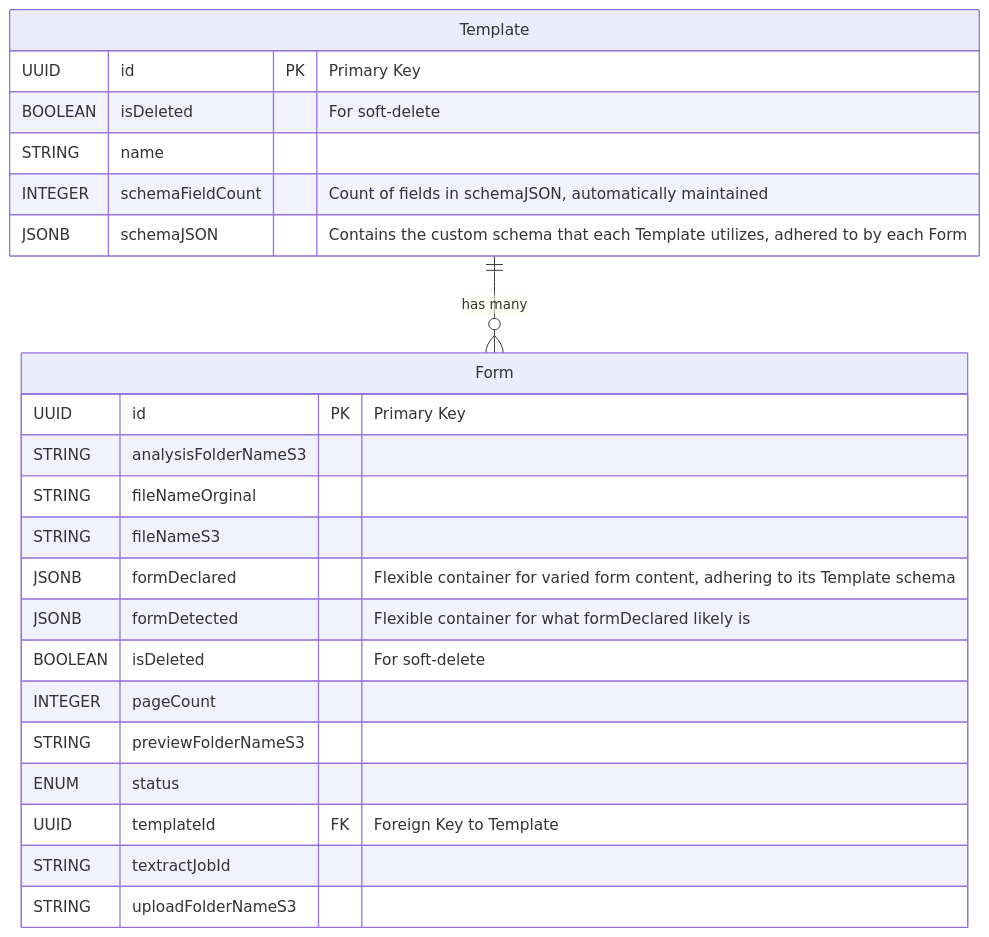
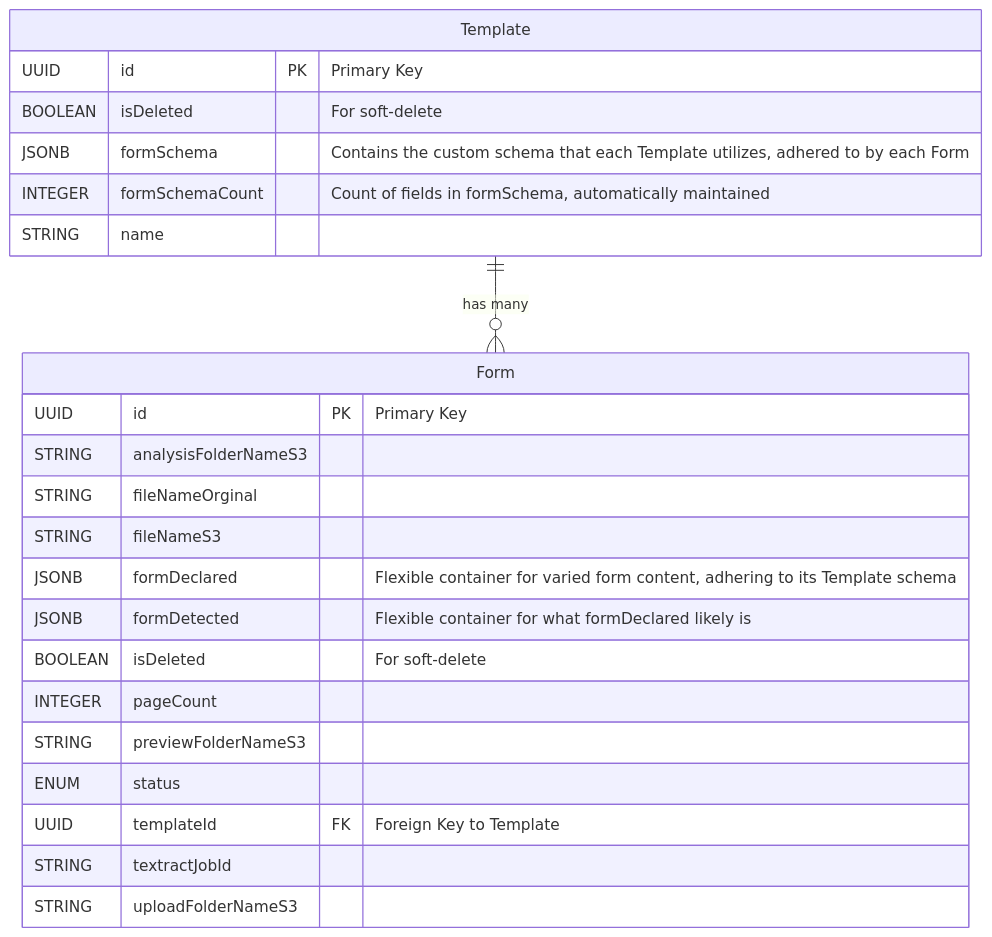
One commit to rob-mosher/form-toolbox-app changed the third of 4 diagrams in README.md. Above: the diagram before and after it, drawn with Mermaid. The commit also changed 11 other files, not shown here.

First line of the commit message:
refactor(db+api)!: rename schema-related fields for clarity

````diff
--- a/README.md
+++ b/README.md
@@ -115,28 +115,28 @@
 ```mermaid
 erDiagram
   Form {
     UUID id PK "Primary Key"
     STRING analysisFolderNameS3
     STRING fileNameOrginal
     STRING fileNameS3
     JSONB formDeclared "Flexible container for varied form content, adhering to its Template schema"
     JSONB formDetected "Flexible container for what formDeclared likely is"
     BOOLEAN isDeleted "For soft-delete"
     INTEGER pageCount
     STRING previewFolderNameS3
     ENUM status
     UUID templateId FK "Foreign Key to Template"
     STRING textractJobId
     STRING uploadFolderNameS3
   }
 
   Template {
     UUID id PK "Primary Key"
     BOOLEAN isDeleted "For soft-delete"
+    JSONB formSchema "Contains the custom schema that each Template utilizes, adhered to by each Form"
+    INTEGER formSchemaCount "Count of fields in formSchema, automatically maintained"
     STRING name
-    INTEGER schemaFieldCount "Count of fields in schemaJSON, automatically maintained"
-    JSONB schemaJSON "Contains the custom schema that each Template utilizes, adhered to by each Form"
   }
 
 Template ||--o{ Form : "has many"
 ```
````
